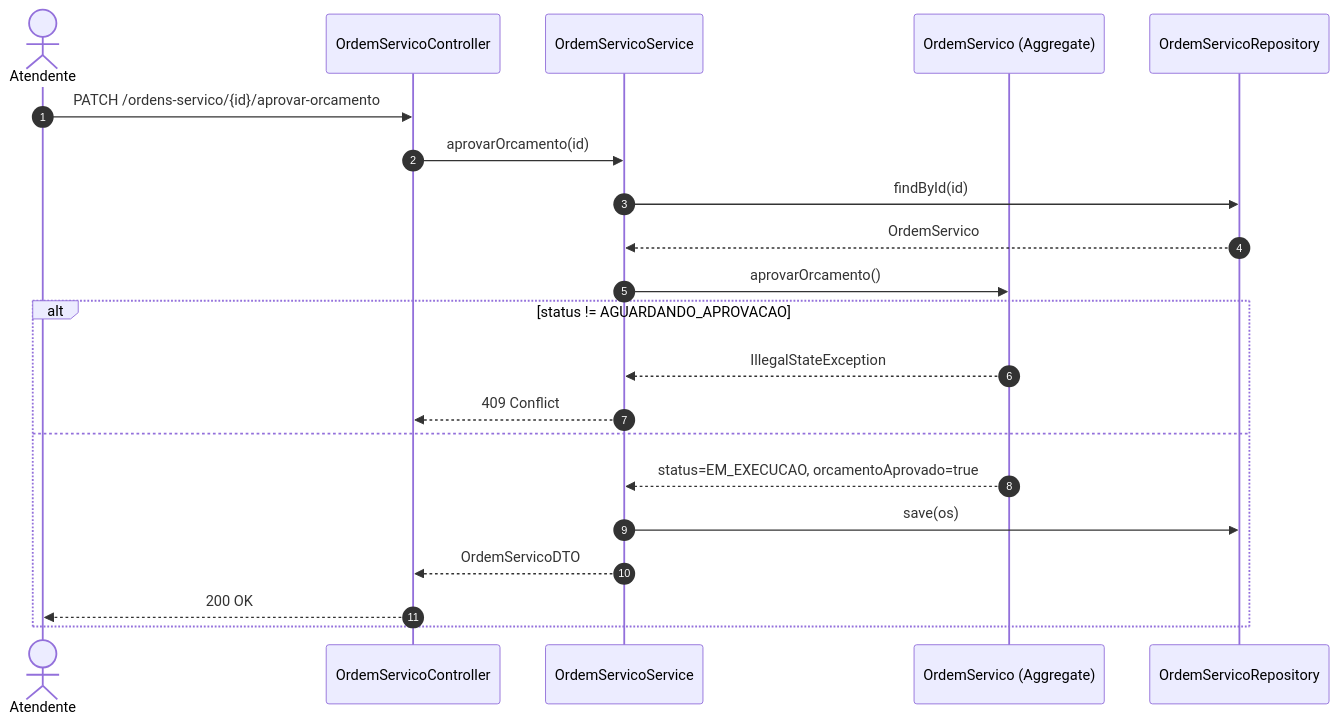
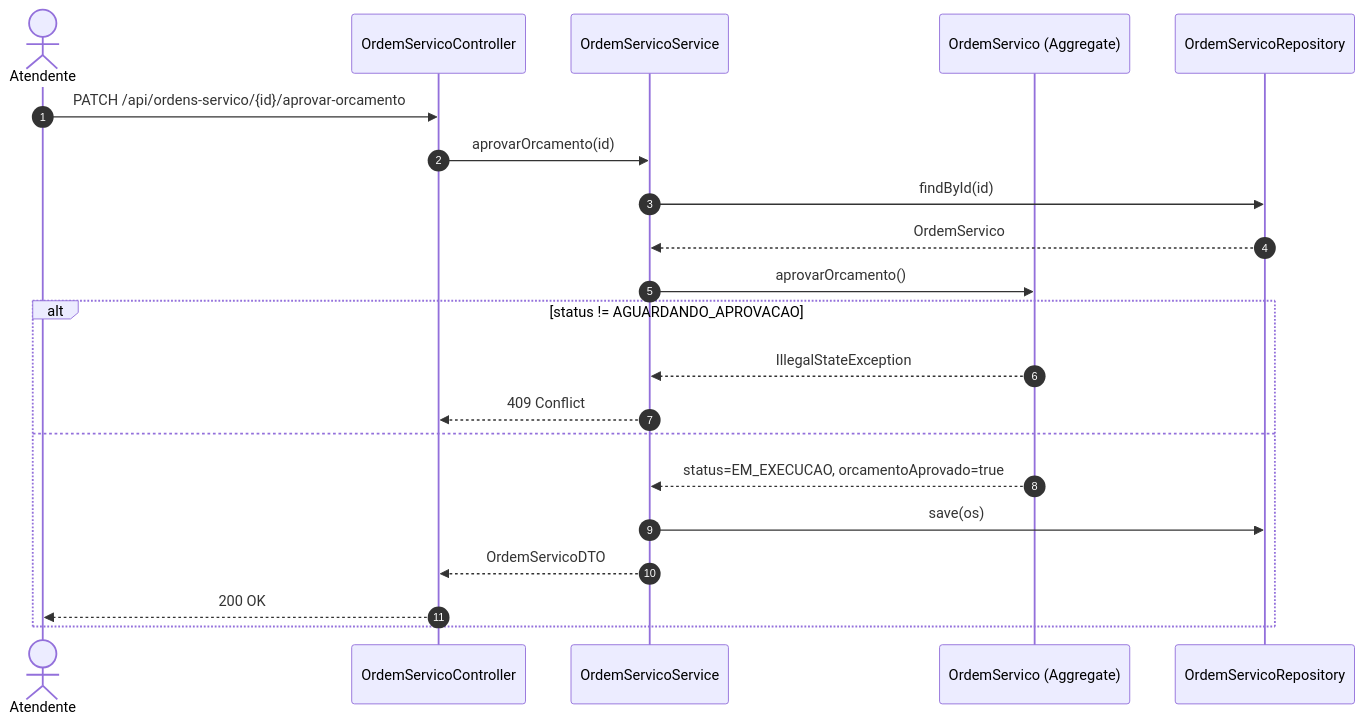
One commit to daniloichaves/oficina-mecanica-tech changed the third of 4 diagrams in docs/ddd/05-design-level.md. Above: the diagram before and after it, drawn with Mermaid. The commit also changed other lines of this file and 10 other files, not shown here.

````diff
--- a/docs/ddd/05-design-level.md
+++ b/docs/ddd/05-design-level.md
@@ -149,24 +149,24 @@
 ```mermaid
 sequenceDiagram
     autonumber
     actor Atendente
     participant API as OrdemServicoController
     participant App as OrdemServicoService
     participant OS as OrdemServico (Aggregate)
     participant Repo as OrdemServicoRepository
 
-    Atendente->>API: PATCH /ordens-servico/{id}/aprovar-orcamento
+    Atendente->>API: PATCH /api/ordens-servico/{id}/aprovar-orcamento
     API->>App: aprovarOrcamento(id)
     App->>Repo: findById(id)
     Repo-->>App: OrdemServico
     App->>OS: aprovarOrcamento()
     alt status != AGUARDANDO_APROVACAO
         OS-->>App: IllegalStateException
         App-->>API: 409 Conflict
     else
         OS-->>App: status=EM_EXECUCAO, orcamentoAprovado=true
         App->>Repo: save(os)
         App-->>API: OrdemServicoDTO
         API-->>Atendente: 200 OK
     end
 ```
````
